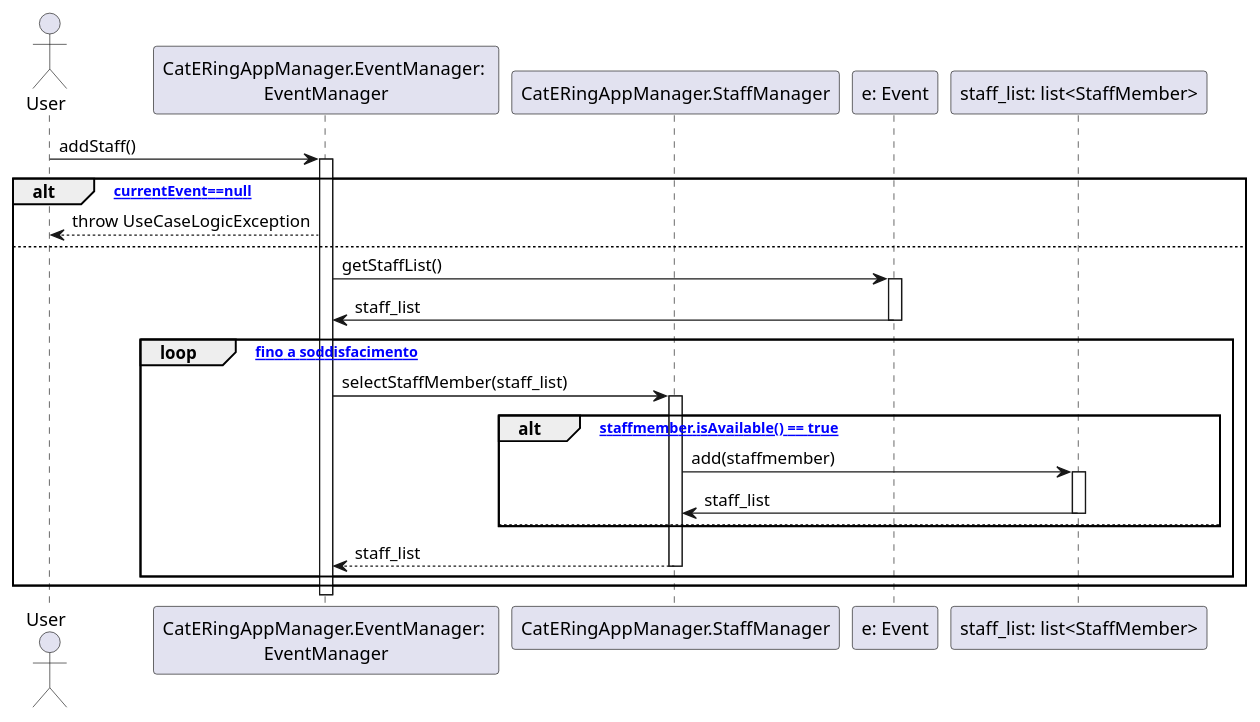
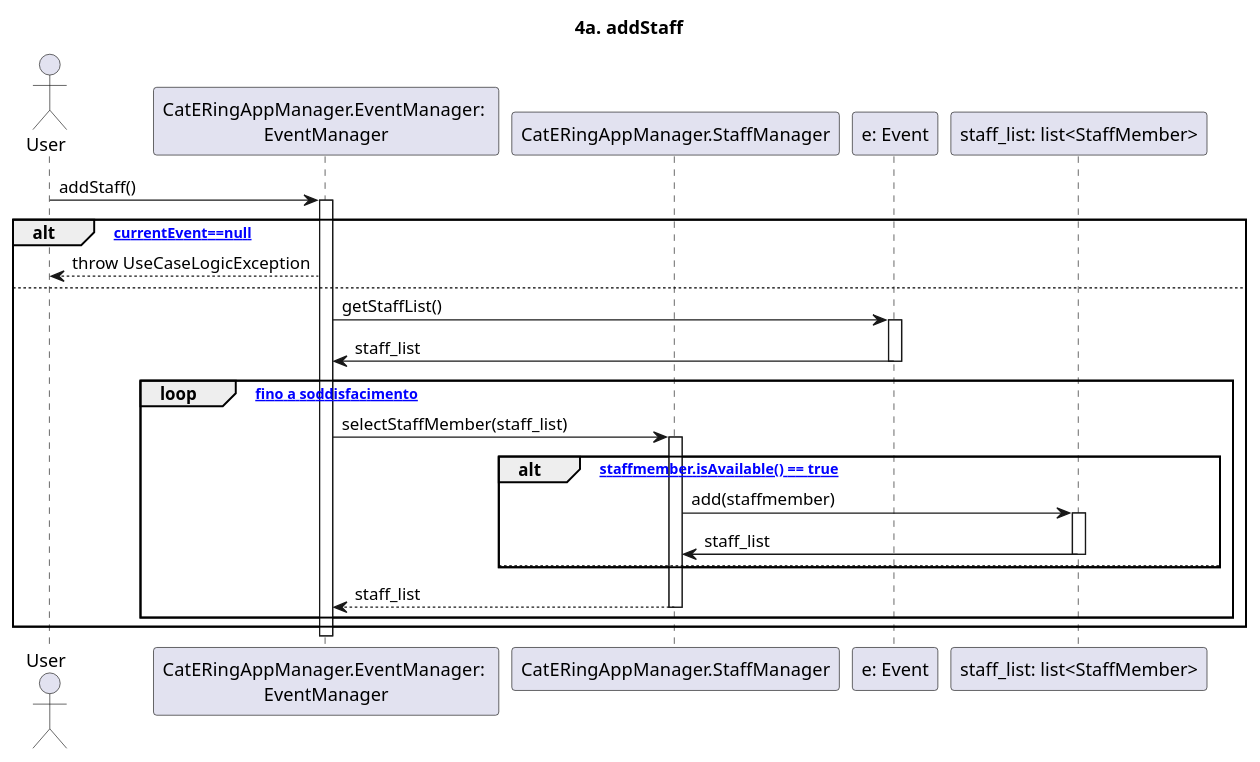
Before and after one commit to m0canu1/sas: the diagram in dsd/dsd-eventi/estensioniEcc/4a-addStaff.md, drawn with PlantUML. The commit also changed 13 other files, not shown here.

````diff
--- a/dsd/dsd-eventi/estensioniEcc/4a-addStaff.md
+++ b/dsd/dsd-eventi/estensioniEcc/4a-addStaff.md
@@ -1,35 +1,38 @@
 ```plantuml
+
+title: 4a. addStaff
+
 Actor User
 Participant "CatERingAppManager.EventManager: \nEventManager" as EM
 Participant "CatERingAppManager.StaffManager" as SM
 Participant "e: Event" as E
 
 User -> EM: addStaff()
 Activate EM
 
 alt [currentEvent==null]
     EM --> User: throw UseCaseLogicException
 else
     EM -> E: getStaffList()
     Activate E
     E -> EM: staff_list
     Deactivate E
     
     loop ["fino a soddisfacimento"]
         EM -> SM: selectStaffMember(staff_list)
         Activate SM
         
         alt ["staffmember.isAvailable() == true"]
             SM -> "staff_list: list<StaffMember>": add(staffmember)
             Activate "staff_list: list<StaffMember>"
             "staff_list: list<StaffMember>" -> SM: staff_list
             Deactivate "staff_list: list<StaffMember>"
         else 
         end
         SM --> EM: staff_list
         Deactivate SM
     end    
 end
 Deactivate EM
 
 ```
````
